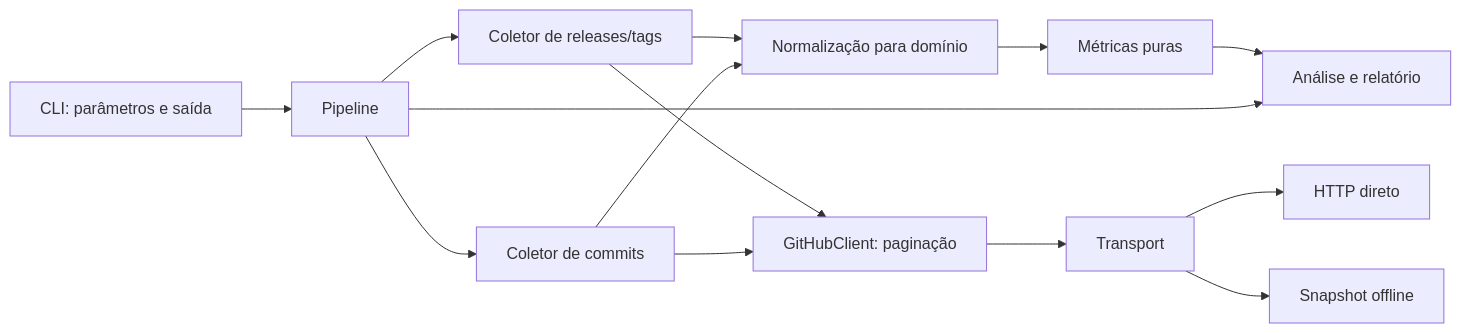
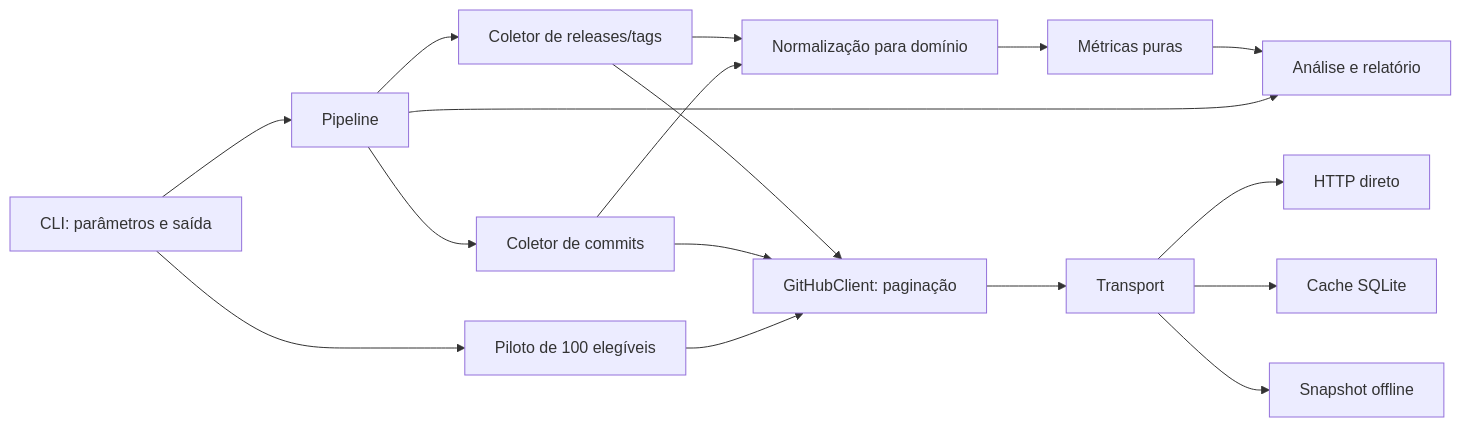
One commit to lucasrsnd/lab-medicao-experimentacao changed the diagram in Lab-03/docs/arquitetura.md. Above: the diagram before and after it, drawn with Mermaid. The commit also changed other lines of this file and 8 other files, not shown here.

```diff
--- a/Lab-03/docs/arquitetura.md
+++ b/Lab-03/docs/arquitetura.md
@@ -5,16 +5,19 @@
 ~~~mermaid
 flowchart LR
   CLI[CLI: parâmetros e saída] --> P[Pipeline]
   P --> R[Coletor de releases/tags]
   P --> C[Coletor de commits]
   R --> N[Normalização para domínio]
   C --> N
   N --> M[Métricas puras]
   M --> A[Análise e relatório]
   P --> A
   R --> G[GitHubClient: paginação]
   C --> G
   G --> T[Transport]
   T --> H[HTTP direto]
+  T --> DB[Cache SQLite]
   T --> S[Snapshot offline]
+  CLI --> PL[Piloto de 100 elegíveis]
+  PL --> G
 ~~~
```
